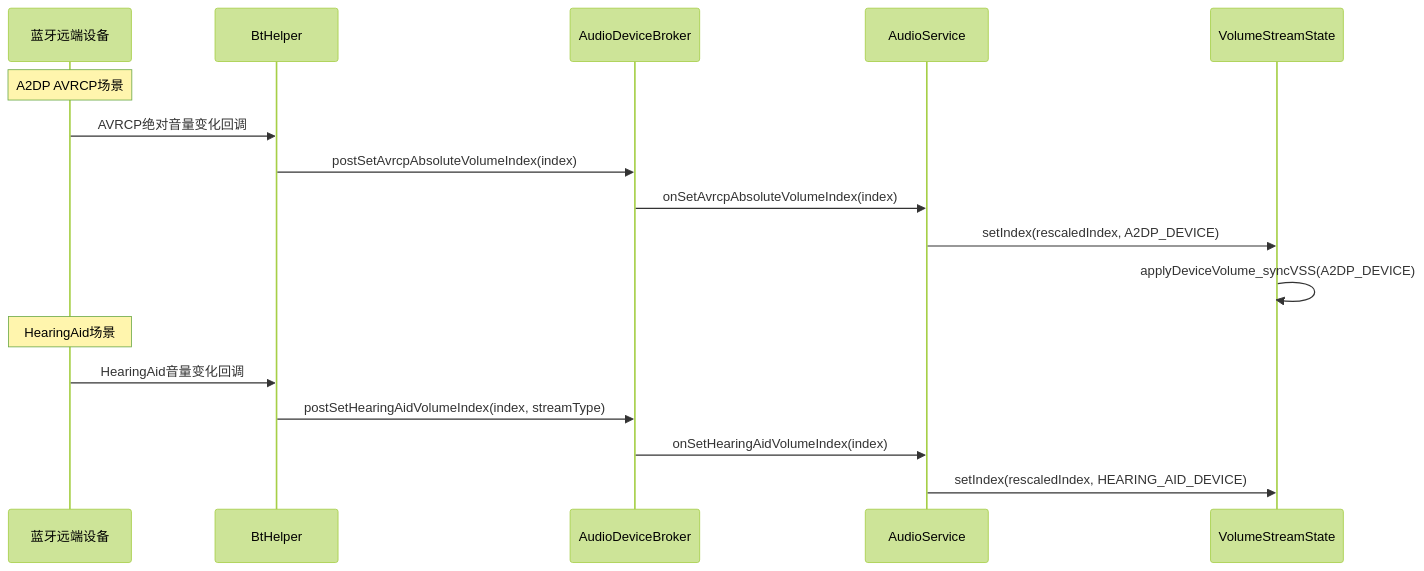
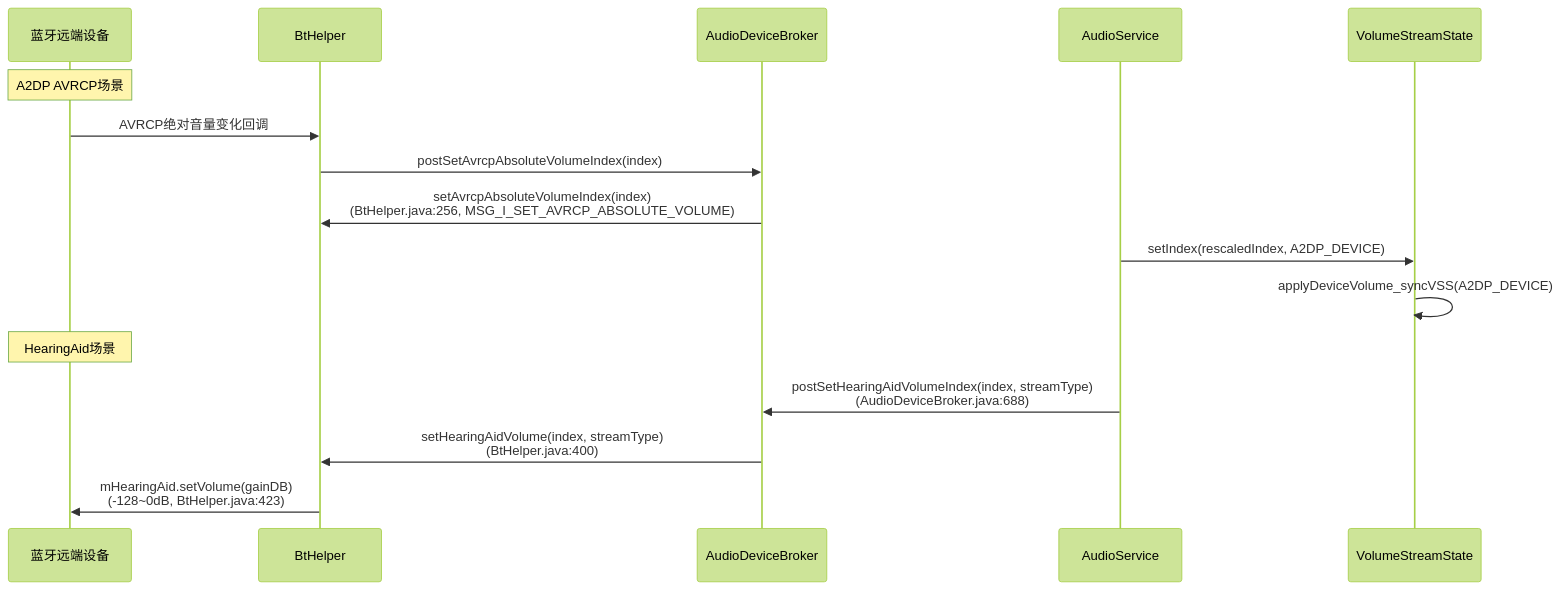
The sixth of 8 diagrams in 13_Volume_Device_Deep_Dive/13_13.2_Device状态机.md (yanglinzhen1022/SA8295_AAOS_QNX_Audio_KnowledgeBase), drawn with Mermaid (forest theme) before and after one commit. The commit also changed other lines of this file and 58 other files, not shown here.

````diff
--- a/13_Volume_Device_Deep_Dive/13_13.2_Device状态机.md
+++ b/13_Volume_Device_Deep_Dive/13_13.2_Device状态机.md
@@ -420,21 +409,20 @@
 ```mermaid
 sequenceDiagram
     participant REMOTE as 蓝牙远端设备
     participant BTH as BtHelper
     participant BROKER as AudioDeviceBroker
     participant AS as AudioService
     participant VSS as VolumeStreamState
     
     Note over REMOTE: A2DP AVRCP场景
     REMOTE->>BTH: AVRCP绝对音量变化回调
     BTH->>BROKER: postSetAvrcpAbsoluteVolumeIndex(index)
-    BROKER->>AS: onSetAvrcpAbsoluteVolumeIndex(index)
+    BROKER->>BTH: setAvrcpAbsoluteVolumeIndex(index)<br>(BtHelper.java:256, MSG_I_SET_AVRCP_ABSOLUTE_VOLUME)
     AS->>VSS: setIndex(rescaledIndex, A2DP_DEVICE)
     VSS->>VSS: applyDeviceVolume_syncVSS(A2DP_DEVICE)
     
     Note over REMOTE: HearingAid场景
-    REMOTE->>BTH: HearingAid音量变化回调
-    BTH->>BROKER: postSetHearingAidVolumeIndex(index, streamType)
-    BROKER->>AS: onSetHearingAidVolumeIndex(index)
-    AS->>VSS: setIndex(rescaledIndex, HEARING_AID_DEVICE)
+    AS->>BROKER: postSetHearingAidVolumeIndex(index, streamType)<br>(AudioDeviceBroker.java:688)
+    BROKER->>BTH: setHearingAidVolume(index, streamType)<br>(BtHelper.java:400)
+    BTH->>REMOTE: mHearingAid.setVolume(gainDB)<br>(-128~0dB, BtHelper.java:423)
 ```
````
